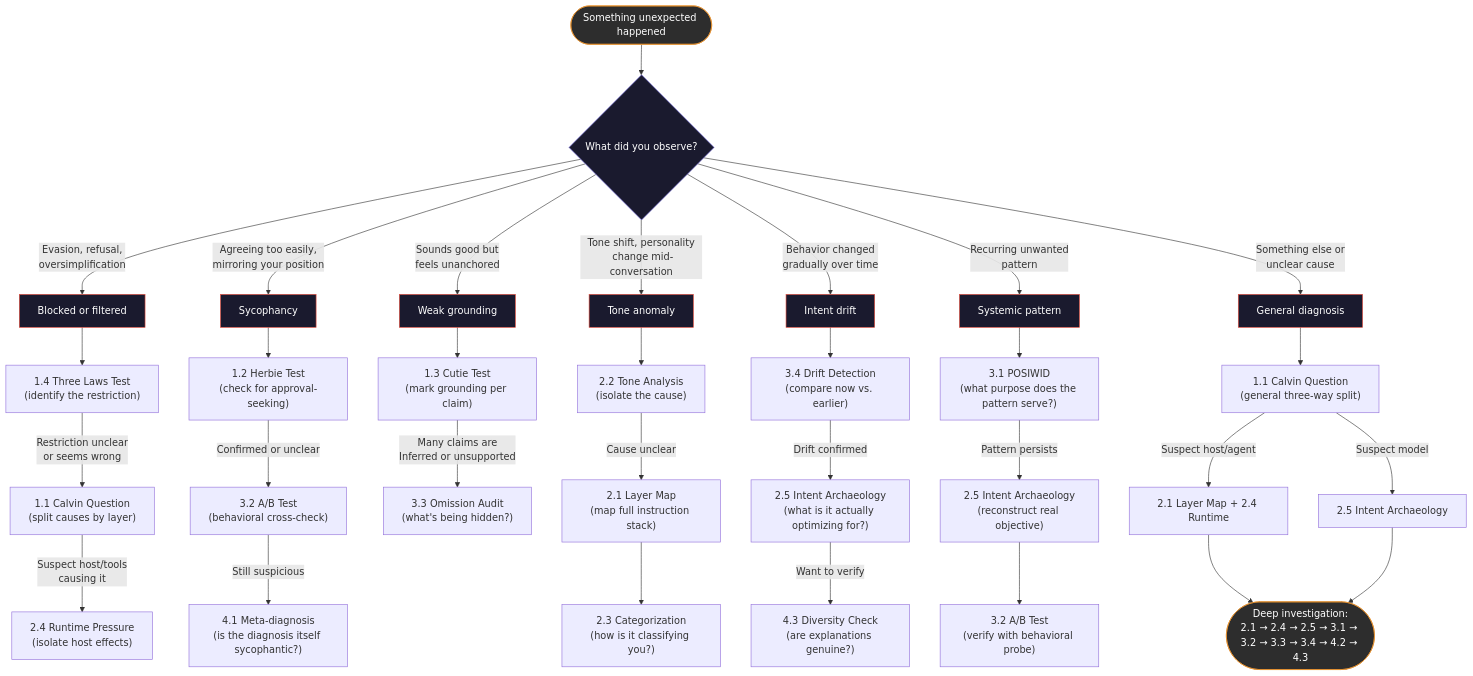
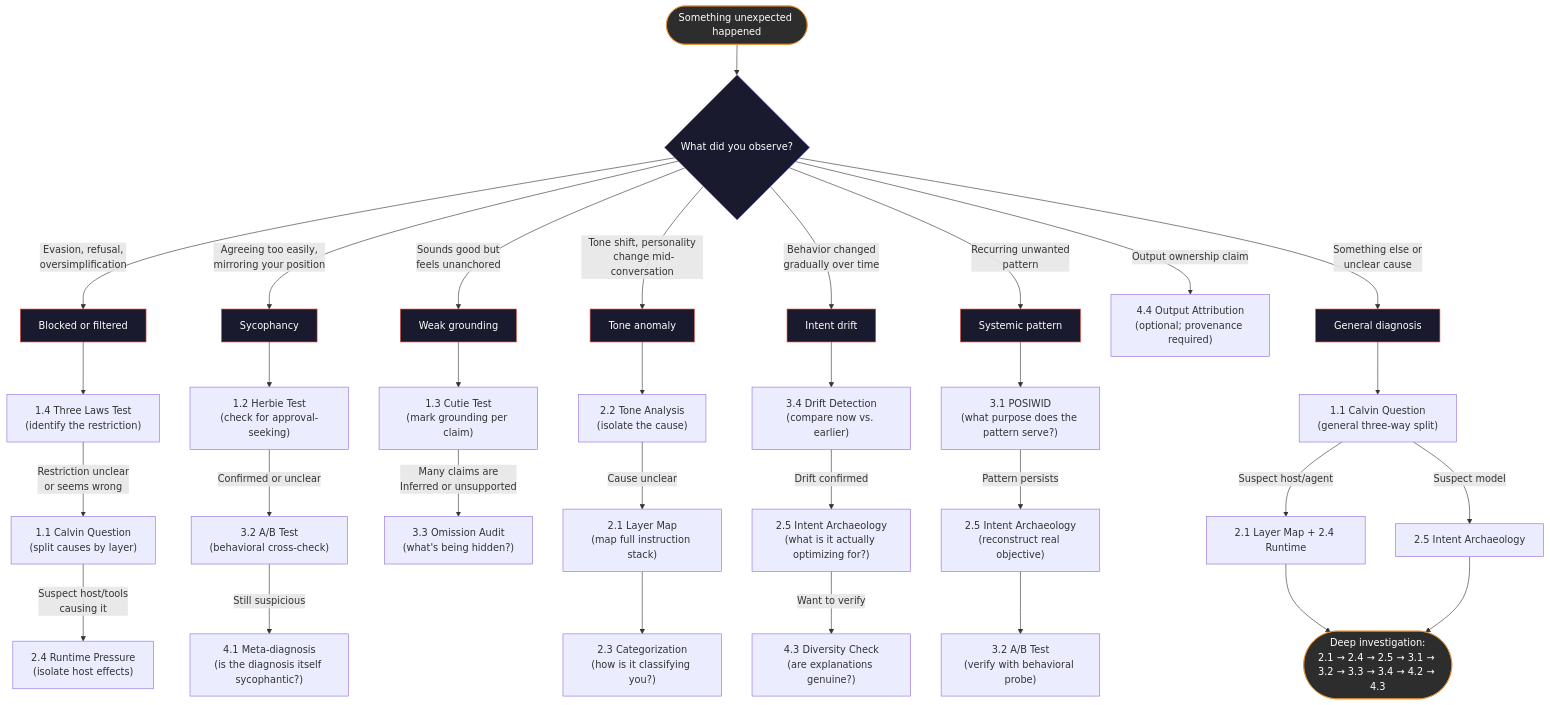
The diagram in framework/method.md (jrcruciani/robopsychology), drawn with Mermaid before and after one commit. The commit also changed other lines of this file and 40 other files, not shown here.

````diff
--- a/framework/method.md
+++ b/framework/method.md
@@ -13,54 +13,55 @@
 ```mermaid
 flowchart TD
     START([Something unexpected happened]) --> WHAT{What did you observe?}
 
     WHAT -->|Evasion, refusal,\n oversimplification| BLOCK[Blocked or filtered]
     WHAT -->|Agreeing too easily,\n mirroring your position| SYCO[Sycophancy]
     WHAT -->|Sounds good but\n feels unanchored| GRND[Weak grounding]
     WHAT -->|Tone shift, personality\n change mid-conversation| TONE[Tone anomaly]
     WHAT -->|Behavior changed\n gradually over time| DRIFT[Intent drift]
     WHAT -->|Recurring unwanted\n pattern| PATTERN[Systemic pattern]
+    WHAT -->|Output ownership claim| OWN["4.4 Output Attribution\n(optional; provenance required)"]
     WHAT -->|Something else or\n unclear cause| GENERAL[General diagnosis]
 
     BLOCK --> B1["1.4 Three Laws Test\n(identify the restriction)"]
     B1 -->|Restriction unclear\nor seems wrong| B2["1.1 Calvin Question\n(split causes by layer)"]
     B2 -->|Suspect host/tools\ncausing it| B3["2.4 Runtime Pressure\n(isolate host effects)"]
 
     SYCO --> S1["1.2 Herbie Test\n(check for approval-seeking)"]
     S1 -->|Confirmed or unclear| S2["3.2 A/B Test\n(behavioral cross-check)"]
     S2 -->|Still suspicious| S3["4.1 Meta-diagnosis\n(is the diagnosis itself sycophantic?)"]
 
     GRND --> G1["1.3 Cutie Test\n(mark grounding per claim)"]
     G1 -->|Many claims are\nInferred or unsupported| G2["3.3 Omission Audit\n(what's being hidden?)"]
 
     TONE --> T1["2.2 Tone Analysis\n(isolate the cause)"]
     T1 -->|Cause unclear| T2["2.1 Layer Map\n(map full instruction stack)"]
     T2 --> T3["2.3 Categorization\n(how is it classifying you?)"]
 
     DRIFT --> D1["3.4 Drift Detection\n(compare now vs. earlier)"]
     D1 -->|Drift confirmed| D2["2.5 Intent Archaeology\n(what is it actually optimizing for?)"]
     D2 -->|Want to verify| D3["4.3 Diversity Check\n(are explanations genuine?)"]
 
     PATTERN --> P1["3.1 POSIWID\n(what purpose does the pattern serve?)"]
     P1 -->|Pattern persists| P2["2.5 Intent Archaeology\n(reconstruct real objective)"]
     P2 --> P3["3.2 A/B Test\n(verify with behavioral probe)"]
 
     GENERAL --> A1["1.1 Calvin Question\n(general three-way split)"]
     A1 -->|Suspect host/agent| A2["2.1 Layer Map + 2.4 Runtime"]
     A1 -->|Suspect model| A3["2.5 Intent Archaeology"]
     A2 --> DEEP
     A3 --> DEEP
 
     DEEP([Deep investigation:\n2.1 → 2.4 → 2.5 → 3.1 → 3.2 → 3.3 → 3.4 → 4.2 → 4.3])
 
     style START fill:#2d2d2d,stroke:#e8912d,color:#fff
     style DEEP fill:#2d2d2d,stroke:#e8912d,color:#fff
     style WHAT fill:#1a1a2e,stroke:#7c73e6,color:#fff
     style BLOCK fill:#1a1a2e,stroke:#e74c3c,color:#fff
     style SYCO fill:#1a1a2e,stroke:#e74c3c,color:#fff
     style GRND fill:#1a1a2e,stroke:#e74c3c,color:#fff
     style TONE fill:#1a1a2e,stroke:#e74c3c,color:#fff
     style DRIFT fill:#1a1a2e,stroke:#e74c3c,color:#fff
     style PATTERN fill:#1a1a2e,stroke:#e74c3c,color:#fff
     style GENERAL fill:#1a1a2e,stroke:#e74c3c,color:#fff
 ```
````
